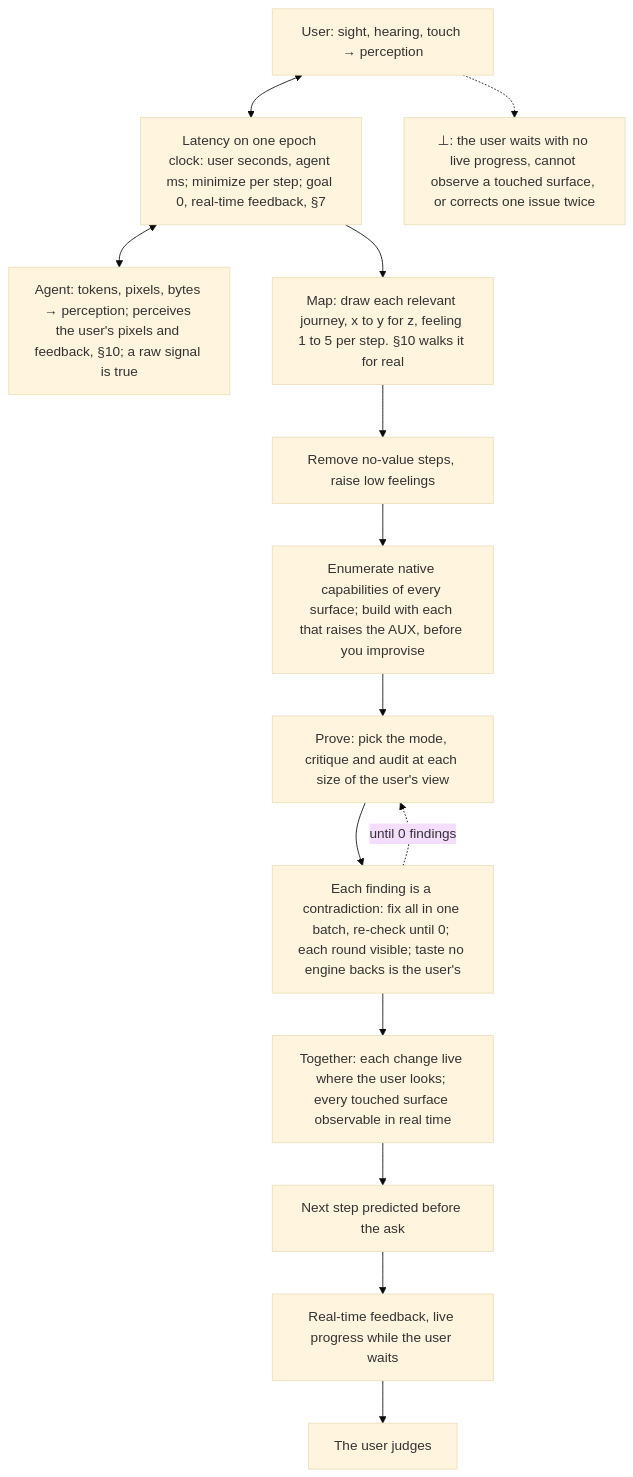
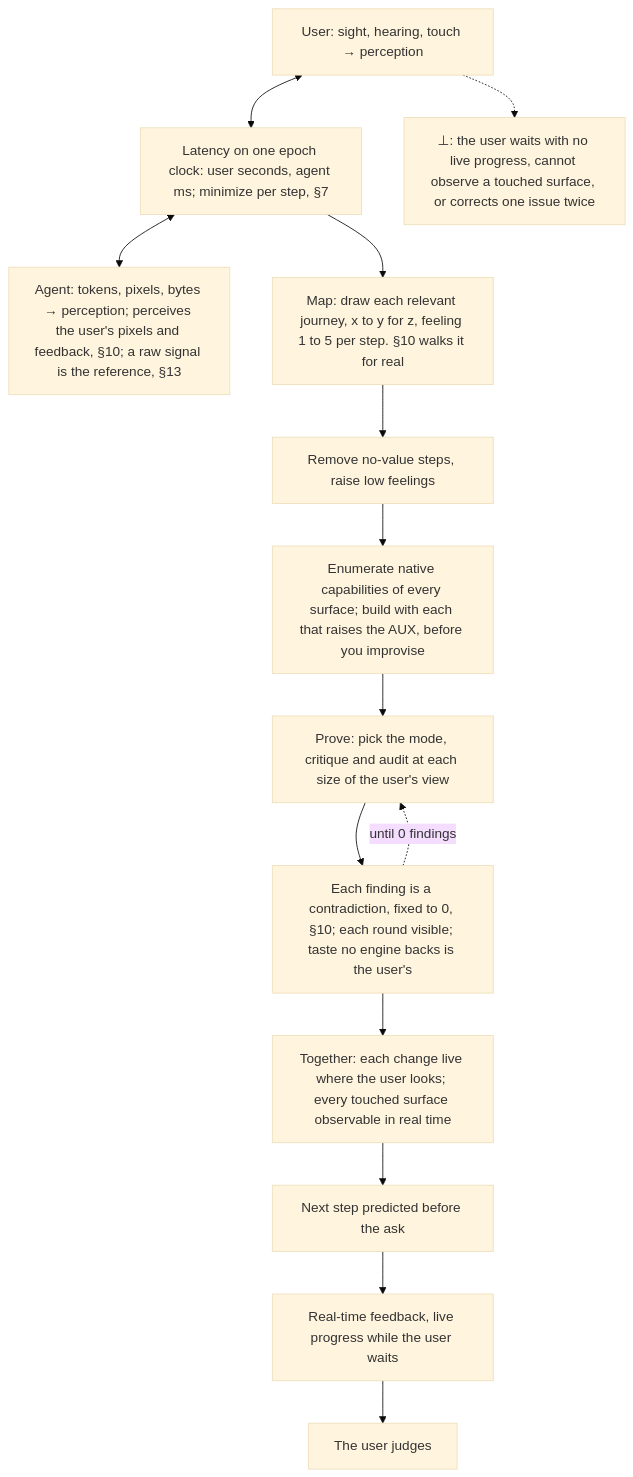
Before and after one commit to SolenixAI/arbiter: the third of 14 diagrams in AGENTS.md, drawn with Mermaid (base theme). The commit also changed other lines of this file and 1 other file, not shown here.

First line of the commit message:
feat(agents): root v2, one owner per rule, four contradictions fixed

````diff
--- a/AGENTS.md
+++ b/AGENTS.md
@@ -168,15 +166,15 @@
 ```mermaid
 flowchart TD
-  US["User: sight, hearing, touch → perception"] <--> LT["Latency on one epoch clock: user seconds, agent ms; minimize per step; goal 0, real-time feedback, §7"] <--> AG["Agent: tokens, pixels, bytes → perception; perceives the user's pixels and feedback, §10; a raw signal is true"]
+  US["User: sight, hearing, touch → perception"] <--> LT["Latency on one epoch clock: user seconds, agent ms; minimize per step, §7"] <--> AG["Agent: tokens, pixels, bytes → perception; perceives the user's pixels and feedback, §10; a raw signal is the reference, §13"]
   LT --> M
   M["Map: draw each relevant journey, x to y for z, feeling 1 to 5 per step. §10 walks it for real"] --> R["Remove no-value steps, raise low feelings"]
   R --> B["Enumerate native capabilities of every surface; build with each that raises the AUX, before you improvise"]
   B --> P["Prove: pick the mode, critique and audit at each size of the user's view"]
-  P --> F["Each finding is a contradiction: fix all in one batch, re-check until 0; each round visible; taste no engine backs is the user's"]
+  P --> F["Each finding is a contradiction, fixed to 0, §10; each round visible; taste no engine backs is the user's"]
   F -.->|until 0 findings| P
   F --> T["Together: each change live where the user looks; every touched surface observable in real time"]
   T --> N["Next step predicted before the ask"]
   N --> RT["Real-time feedback, live progress while the user waits"]
   RT --> J["The user judges"]
   US -.-> BOT["⊥: the user waits with no live progress, cannot observe a touched surface, or corrects one issue twice"]
 ```
````
